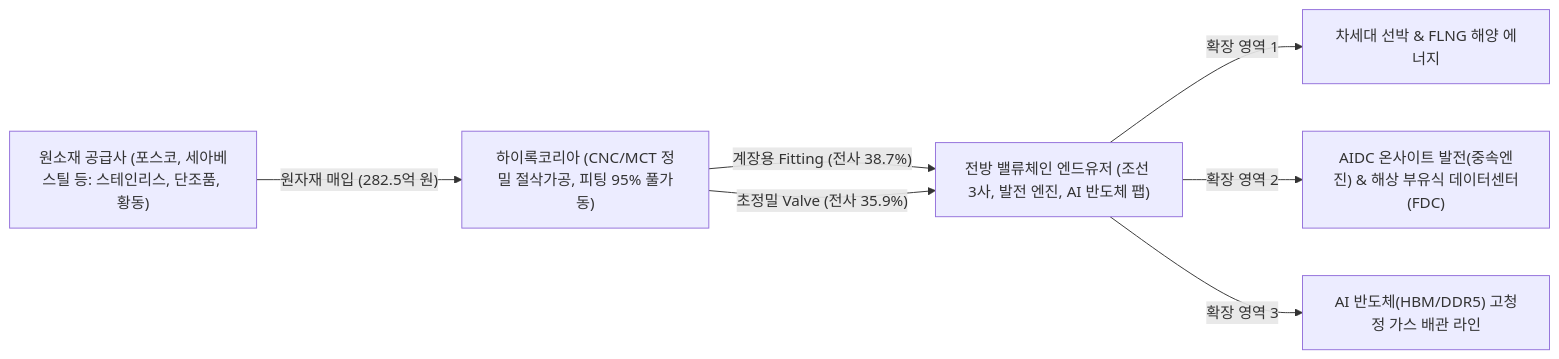
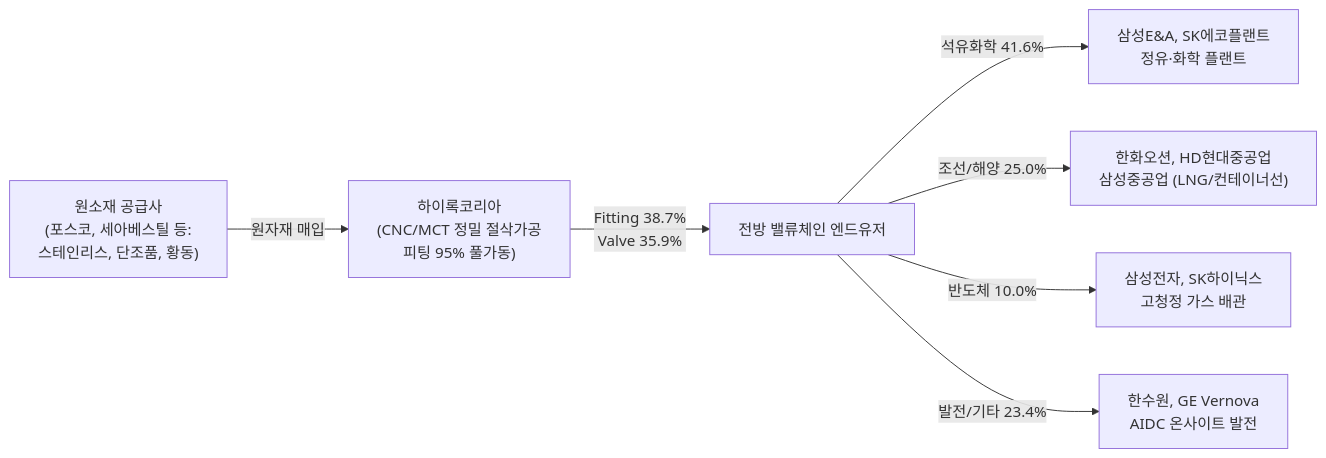
Before and after one commit to eve830521-cmd/my-skill: the diagram in Stock_Research/하이록코리아/3_Final_Reports/Phase1_Report.md, drawn with Mermaid. The commit also changed other lines of this file and 37 other files, not shown here.

````diff
--- a/Stock_Research/하이록코리아/3_Final_Reports/Phase1_Report.md
+++ b/Stock_Research/하이록코리아/3_Final_Reports/Phase1_Report.md
@@ -10,9 +14,9 @@
 ```mermaid
 graph LR
-    A["원소재 공급사 (포스코, 세아베스틸 등: 스테인리스, 단조품, 황동)"] -->|"원자재 매입 (282.5억 원)"| B["하이록코리아 (CNC/MCT 정밀 절삭가공, 피팅 95% 풀가동)"]
-    B -->|"계장용 Fitting (전사 38.7%)"| C["전방 밸류체인 엔드유저 (조선 3사, 발전 엔진, AI 반도체 팹)"]
-    B -->|"초정밀 Valve (전사 35.9%)"| C
-    C -->|"확장 영역 1"| D["차세대 선박 & FLNG 해양 에너지"]
-    C -->|"확장 영역 2"| E["AIDC 온사이트 발전(중속엔진) & 해상 부유식 데이터센터(FDC)"]
-    C -->|"확장 영역 3"| F["AI 반도체(HBM/DDR5) 고청정 가스 배관 라인"]
+    A["원소재 공급사<br/>(포스코, 세아베스틸 등:<br/>스테인리스, 단조품, 황동)"] -->|"원자재 매입"| B["하이록코리아<br/>(CNC/MCT 정밀 절삭가공<br/>피팅 95% 풀가동)"]
+    B -->|"Fitting 38.7%<br/>Valve 35.9%"| C["전방 밸류체인 엔드유저"]
+    C -->|"석유화학 41.6%"| D["삼성E&A, SK에코플랜트<br/>정유·화학 플랜트"]
+    C -->|"조선/해양 25.0%"| E["한화오션, HD현대중공업<br/>삼성중공업 (LNG/컨테이너선)"]
+    C -->|"반도체 10.0%"| F["삼성전자, SK하이닉스<br/>고청정 가스 배관"]
+    C -->|"발전/기타 23.4%"| G["한수원, GE Vernova<br/>AIDC 온사이트 발전"]
 ```
````
